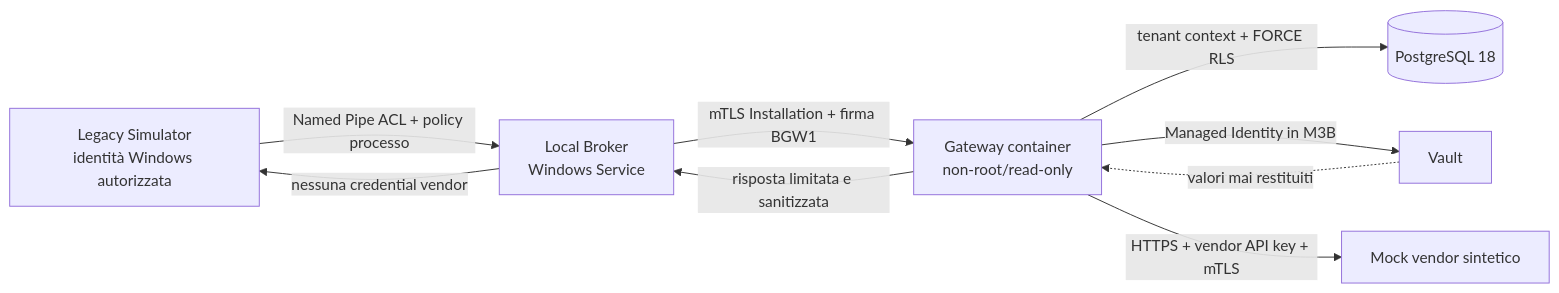
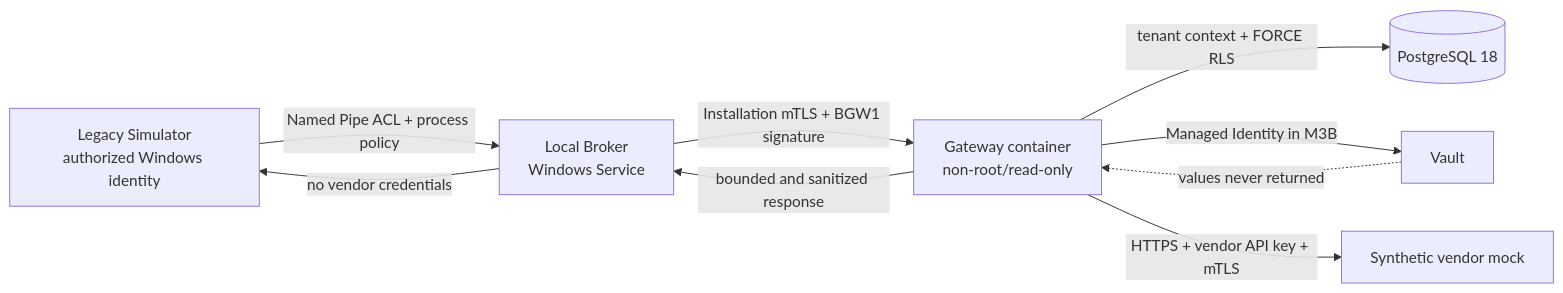
Before and after one commit to marcobiz/secure-integration-platform: the first of 2 diagrams in docs/architecture/m3-production-like-vertical-slice.md, drawn with Mermaid. The commit also changed other lines of this file and 102 other files, not shown here.

````diff
--- a/docs/architecture/m3-production-like-vertical-slice.md
+++ b/docs/architecture/m3-production-like-vertical-slice.md
@@ -17,11 +17,11 @@
 ```mermaid
 flowchart LR
-  L[Legacy Simulator\nidentità Windows autorizzata] -->|Named Pipe ACL + policy processo| B[Local Broker\nWindows Service]
-  B -->|mTLS Installation + firma BGW1| G[Gateway container\nnon-root/read-only]
+  L[Legacy Simulator\nauthorized Windows identity] -->|Named Pipe ACL + process policy| B[Local Broker\nWindows Service]
+  B -->|Installation mTLS + BGW1 signature| G[Gateway container\nnon-root/read-only]
   G -->|tenant context + FORCE RLS| P[(PostgreSQL 18)]
   G -->|Managed Identity in M3B| V[Vault]
-  G -->|HTTPS + vendor API key + mTLS| M[Mock vendor sintetico]
-  V -. valori mai restituiti .-> G
-  G -->|risposta limitata e sanitizzata| B
-  B -->|nessuna credential vendor| L
+  G -->|HTTPS + vendor API key + mTLS| M[Synthetic vendor mock]
+  V -. values never returned .-> G
+  G -->|bounded and sanitized response| B
+  B -->|no vendor credentials| L
 ```
````
